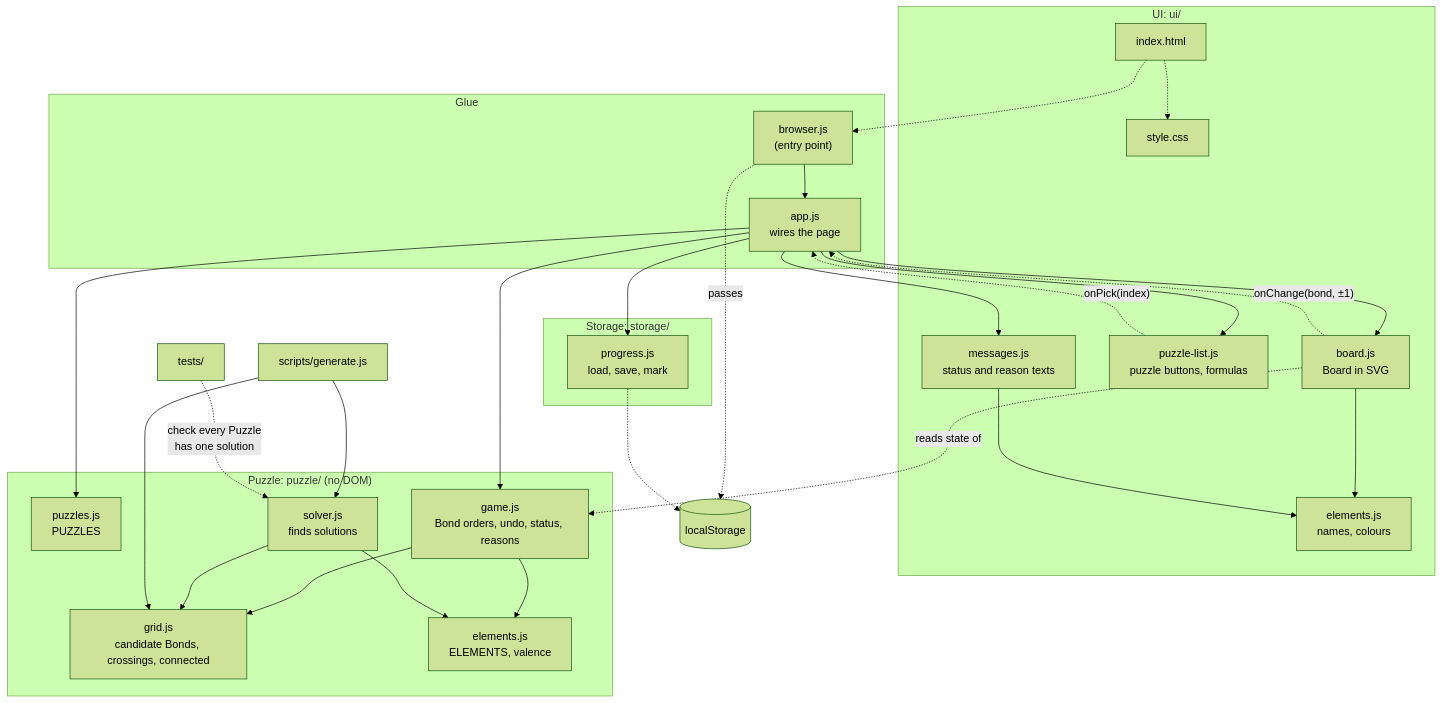
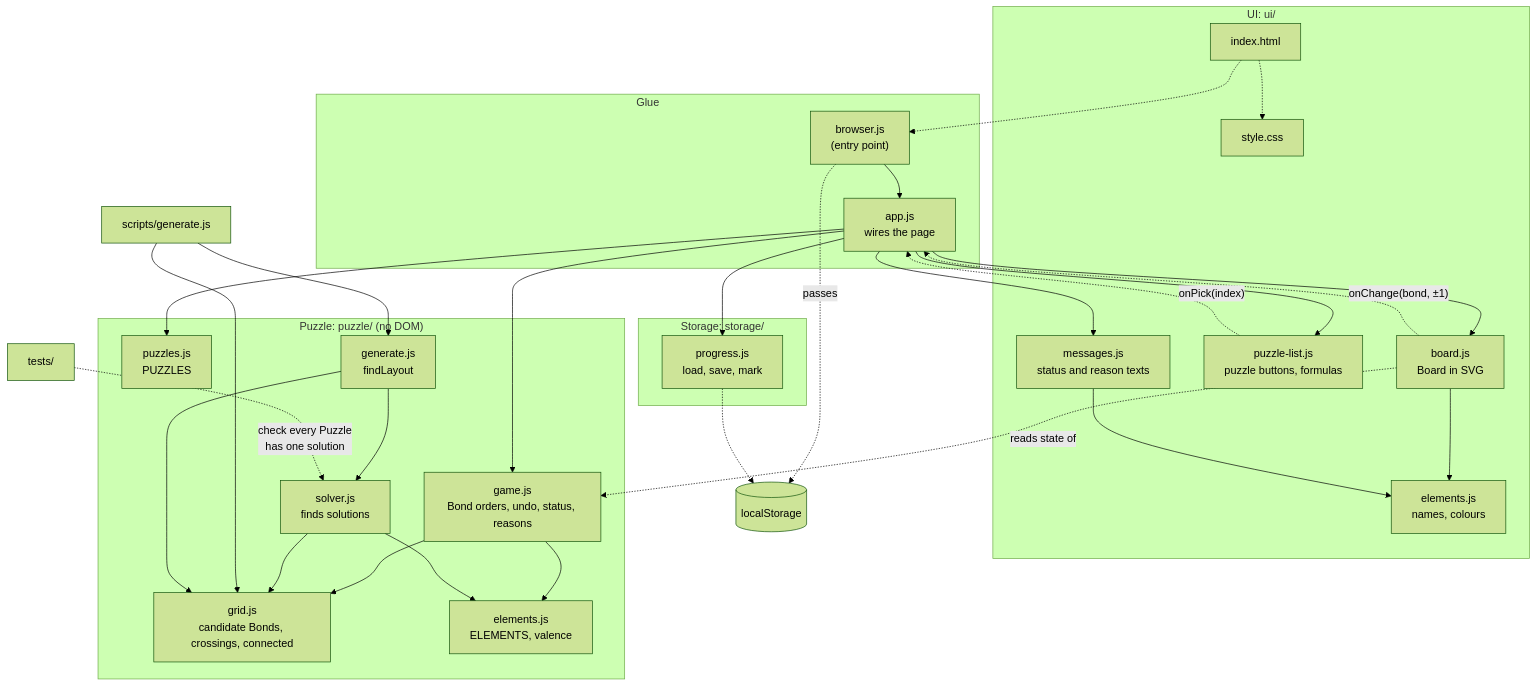
Before and after one commit to treetopbottle/molecuzzle: the diagram in README.md, drawn with Mermaid (forest theme). The commit also changed other lines of this file, not shown here.

Commit message:
docs: add puzzle/generate.js to the README

````diff
--- a/README.md
+++ b/README.md
@@ -54,61 +54,64 @@
 ```mermaid
 flowchart TD
   subgraph glue["Glue"]
     browser["browser.js<br/>(entry point)"]
     app["app.js<br/>wires the page"]
   end
 
   subgraph ui["UI: ui/"]
     html["index.html"]
     css["style.css"]
     board["board.js<br/>Board in SVG"]
     list["puzzle-list.js<br/>puzzle buttons, formulas"]
     messages["messages.js<br/>status and reason texts"]
     looks["elements.js<br/>names, colours"]
   end
 
   subgraph puzzle["Puzzle: puzzle/ (no DOM)"]
     puzzles["puzzles.js<br/>PUZZLES"]
     game["game.js<br/>Bond orders, undo, status, reasons"]
     grid["grid.js<br/>candidate Bonds, crossings, connected"]
     solver["solver.js<br/>finds solutions"]
+    gen["generate.js<br/>findLayout"]
     elements["elements.js<br/>ELEMENTS, valence"]
   end
 
   subgraph storage["Storage: storage/"]
     progress["progress.js<br/>load, save, mark"]
   end
 
   local[("localStorage")]
   generate["scripts/generate.js"]
   tests["tests/"]
 
   html -.-> css
   html -.-> browser
   browser --> app
   browser -. "passes" .-> local
 
   app --> puzzles
   app --> game
   app --> board
   app --> list
   app --> messages
   app --> progress
 
   board --> looks
   messages --> looks
   board -. "onChange(bond, ±1)" .-> app
   board -. "reads state of" .-> game
   list -. "onPick(index)" .-> app
 
   game --> elements
   game --> grid
   solver --> elements
   solver --> grid
 
   progress -.-> local
 
+  generate --> gen
   generate --> grid
-  generate --> solver
+  gen --> grid
+  gen --> solver
   tests -. "check every Puzzle<br/>has one solution" .-> solver
 ```
````
